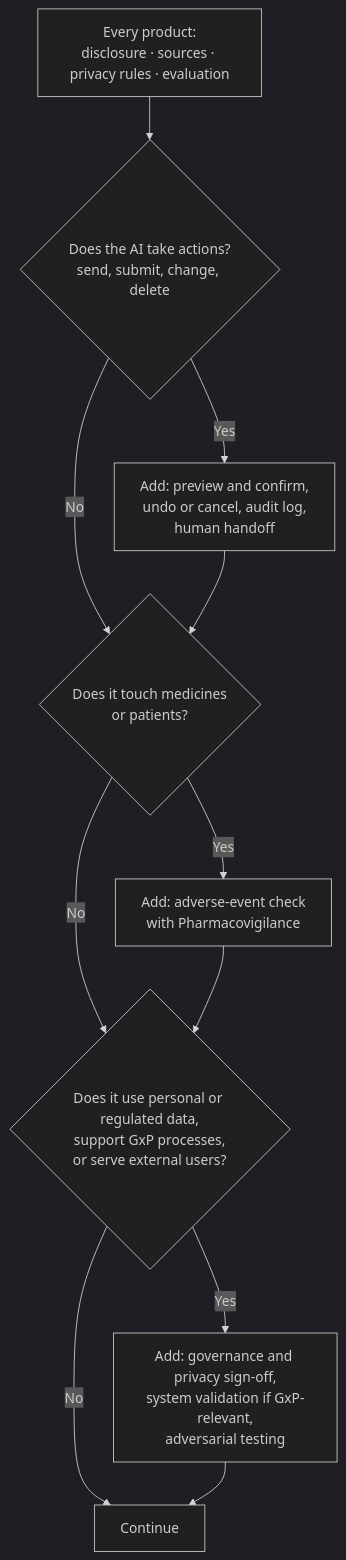
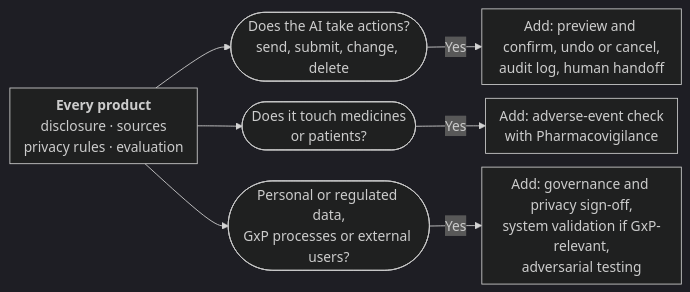
One commit to amaltapalov/AI-product-development-framework changed the fourth of 17 diagrams in Conversational AI Design Framework v1.2.md. Above: the diagram before and after it, drawn with Mermaid (dark theme). The commit also changed other lines of this file and 7 other files, not shown here.

````diff
--- a/Conversational AI Design Framework v1.2.md
+++ b/Conversational AI Design Framework v1.2.md
@@ -154,13 +161,17 @@
 ```mermaid
-flowchart TD
-    S["Every product:<br/>disclosure · sources · privacy rules · evaluation"] --> Q1{"Does the AI take actions?<br/>send, submit, change, delete"}
-    Q1 -- Yes --> A1["Add: preview and confirm,<br/>undo or cancel, audit log,<br/>human handoff"]
-    Q1 -- No --> Q2
-    A1 --> Q2{"Does it touch medicines<br/>or patients?"}
+---
+config:
+  flowchart:
+    nodeSpacing: 16
+    rankSpacing: 36
+    padding: 8
+---
+flowchart LR
+    S["<b>Every product</b><br/>disclosure · sources<br/>privacy rules · evaluation"]
+    S --> Q1(["Does the AI take actions?<br/>send, submit, change, delete"])
+    S --> Q2(["Does it touch medicines<br/>or patients?"])
+    S --> Q3(["Personal or regulated data,<br/>GxP processes or external users?"])
+    Q1 -- Yes --> A1["Add: preview and confirm, undo or cancel,<br/>audit log, human handoff"]
     Q2 -- Yes --> A2["Add: adverse-event check<br/>with Pharmacovigilance"]
-    Q2 -- No --> Q3
-    A2 --> Q3{"Does it use personal or regulated data,<br/>support GxP processes,<br/>or serve external users?"}
     Q3 -- Yes --> A3["Add: governance and privacy sign-off,<br/>system validation if GxP-relevant,<br/>adversarial testing"]
-    Q3 -- No --> GO["Continue"]
-    A3 --> GO
 ```
````
